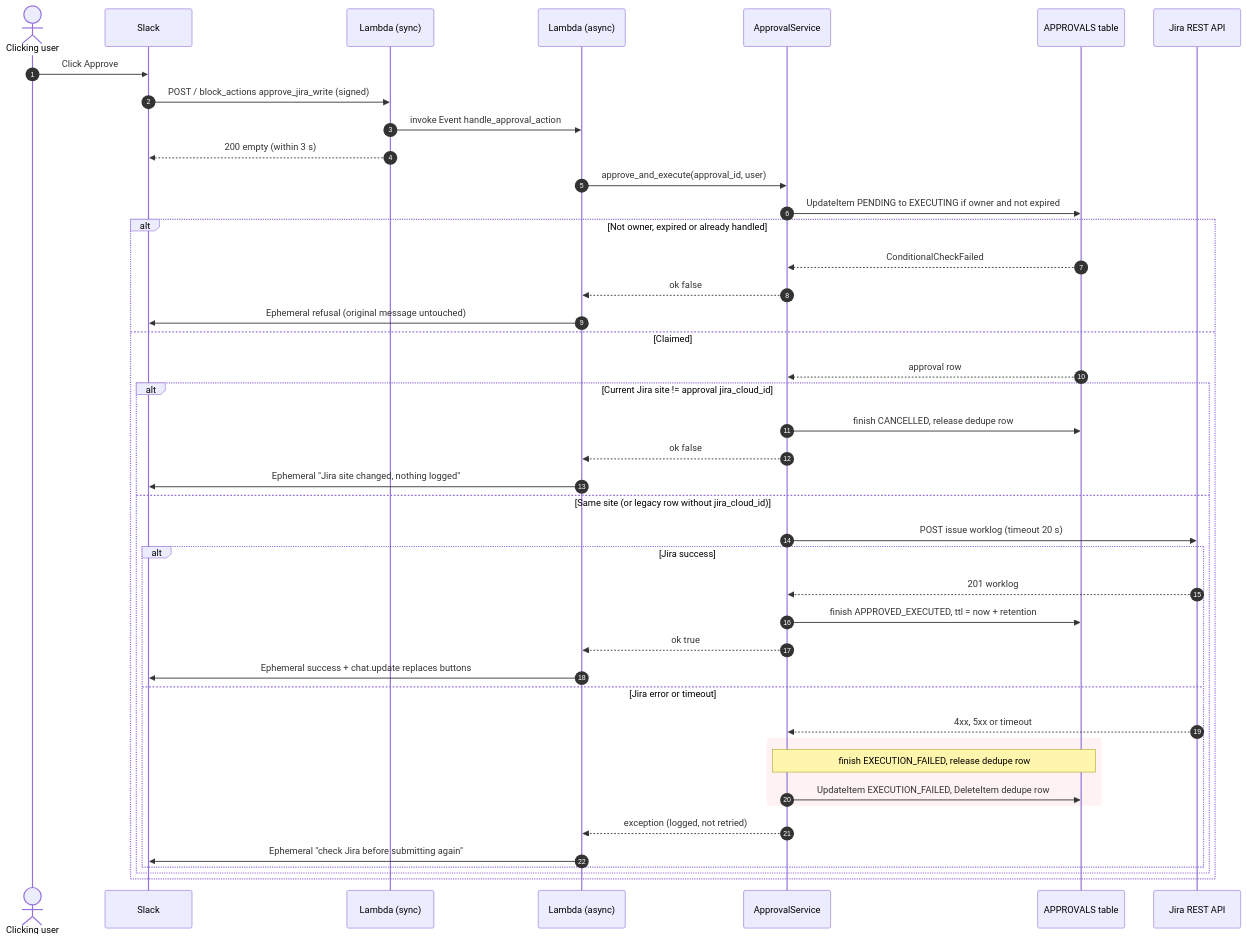
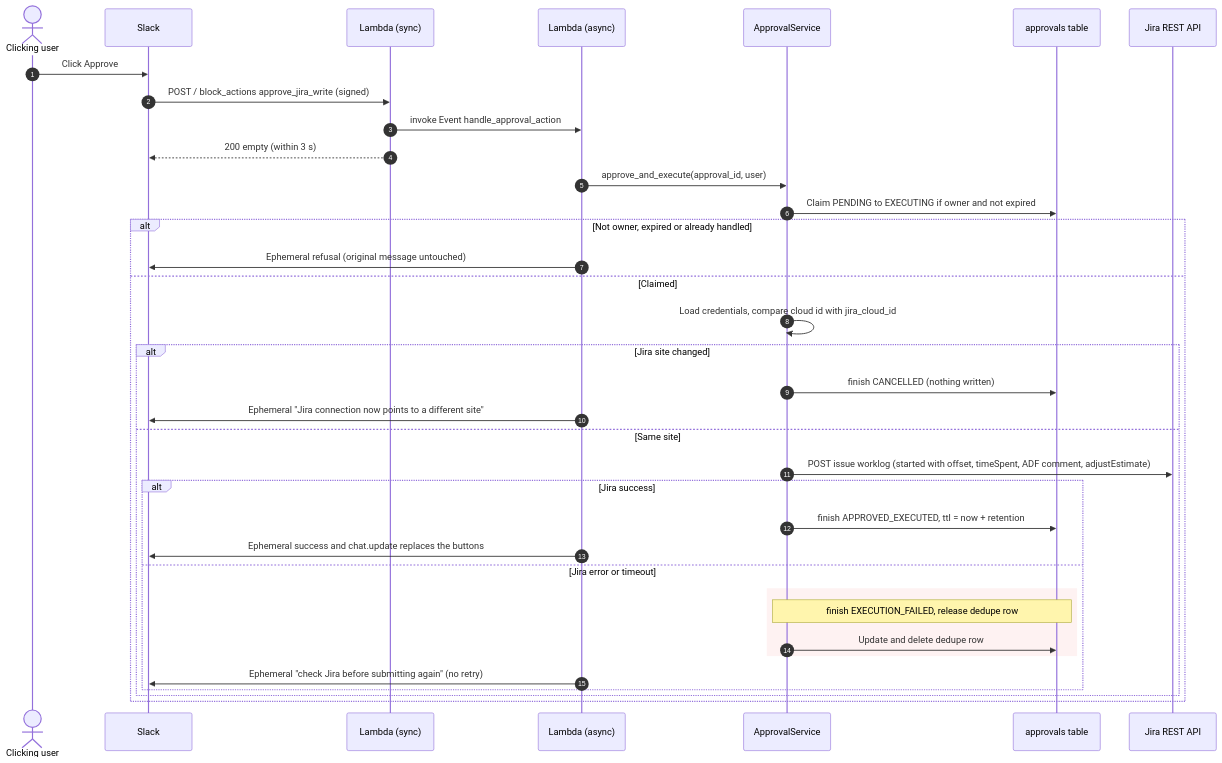
The eighth of 10 diagrams in docs/design/data_model_and_flows.md (lolohoang123/jira_agent), drawn with Mermaid before and after one commit. The commit also changed other lines of this file and 10 other files, not shown here.

````diff
--- a/docs/design/data_model_and_flows.md
+++ b/docs/design/data_model_and_flows.md
@@ -262,46 +388,39 @@
 ```mermaid
 sequenceDiagram
     autonumber
     actor U as Clicking user
     participant SL as Slack
     participant L as Lambda (sync)
     participant A as Lambda (async)
     participant S as ApprovalService
-    participant DB as APPROVALS table
+    participant DB as approvals table
     participant J as Jira REST API
 
     U->>SL: Click Approve
     SL->>L: POST / block_actions approve_jira_write (signed)
     L->>A: invoke Event handle_approval_action
     L-->>SL: 200 empty (within 3 s)
     A->>S: approve_and_execute(approval_id, user)
-    S->>DB: UpdateItem PENDING to EXECUTING if owner and not expired
+    S->>DB: Claim PENDING to EXECUTING if owner and not expired
     alt Not owner, expired or already handled
-        DB-->>S: ConditionalCheckFailed
-        S-->>A: ok false
         A->>SL: Ephemeral refusal (original message untouched)
     else Claimed
-        DB-->>S: approval row
-        alt Current Jira site != approval jira_cloud_id
-            S->>DB: finish CANCELLED, release dedupe row
-            S-->>A: ok false
-            A->>SL: Ephemeral "Jira site changed, nothing logged"
-        else Same site (or legacy row without jira_cloud_id)
-        S->>J: POST issue worklog (timeout 20 s)
-        alt Jira success
-            J-->>S: 201 worklog
-            S->>DB: finish APPROVED_EXECUTED, ttl = now + retention
-            S-->>A: ok true
-            A->>SL: Ephemeral success + chat.update replaces buttons
-        else Jira error or timeout
-            J-->>S: 4xx, 5xx or timeout
-            rect rgb(254, 242, 242)
-                Note over S,DB: finish EXECUTION_FAILED, release dedupe row
-                S->>DB: UpdateItem EXECUTION_FAILED, DeleteItem dedupe row
+        S->>S: Load credentials, compare cloud id with jira_cloud_id
+        alt Jira site changed
+            S->>DB: finish CANCELLED (nothing written)
+            A->>SL: Ephemeral "Jira connection now points to a different site"
+        else Same site
+            S->>J: POST issue worklog (started with offset, timeSpent, ADF comment, adjustEstimate)
+            alt Jira success
+                S->>DB: finish APPROVED_EXECUTED, ttl = now + retention
+                A->>SL: Ephemeral success and chat.update replaces the buttons
+            else Jira error or timeout
+                rect rgb(254, 242, 242)
+                    Note over S,DB: finish EXECUTION_FAILED, release dedupe row
+                    S->>DB: Update and delete dedupe row
+                end
+                A->>SL: Ephemeral "check Jira before submitting again" (no retry)
             end
-            S-->>A: exception (logged, not retried)
-            A->>SL: Ephemeral "check Jira before submitting again"
-        end
         end
     end
 ```
````
